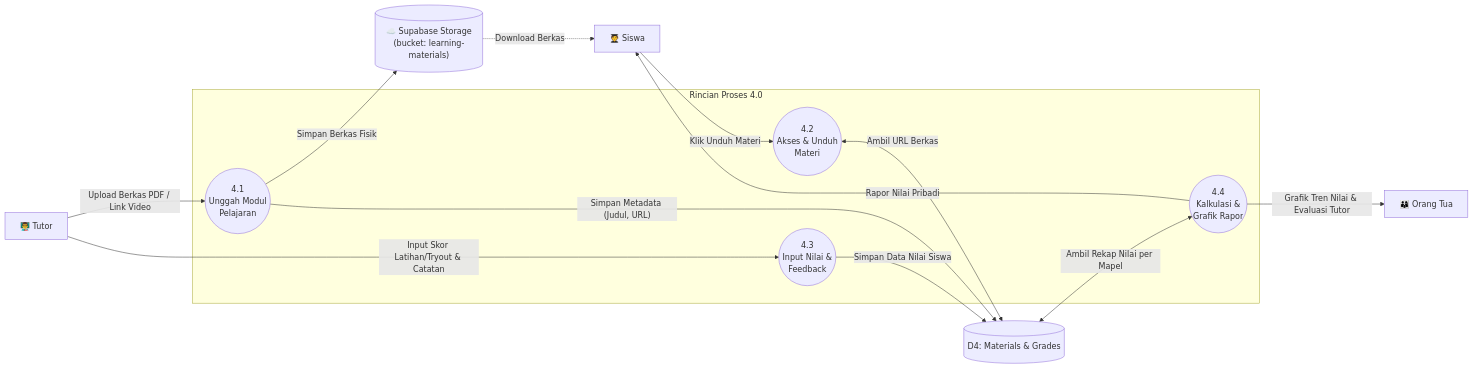
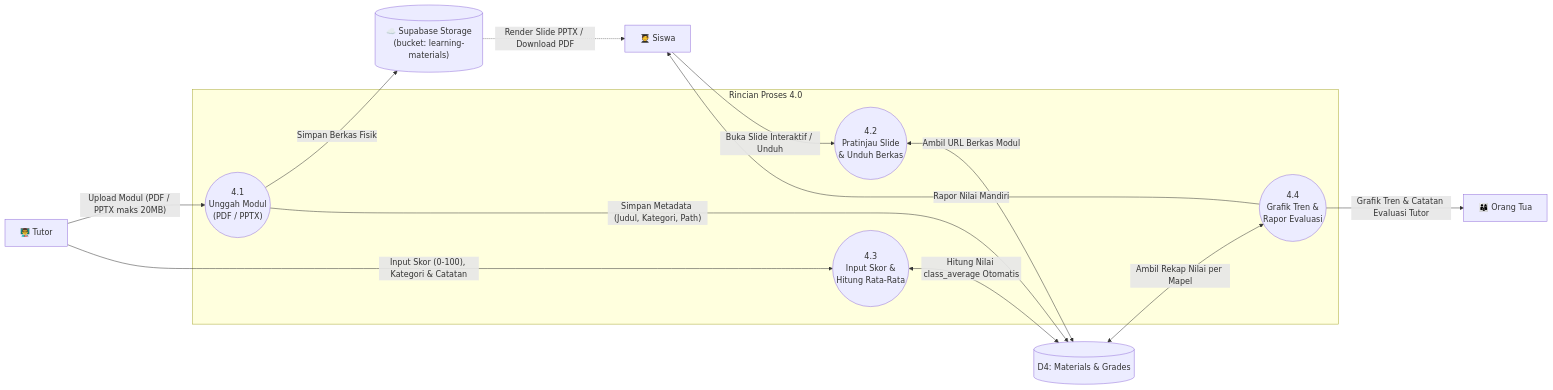
Before and after one commit to mohyusfi/bimbel-rpl: the fourth of 5 diagrams in dfd/dfd_level_2.md, drawn with Mermaid. The commit also changed other lines of this file and 30 other files, not shown here.

````diff
--- a/dfd/dfd_level_2.md
+++ b/dfd/dfd_level_2.md
@@ -152,34 +158,34 @@
 ```mermaid
 flowchart LR
     Tutor["👨‍🏫 Tutor"]
     Siswa["🧑‍🎓 Siswa"]
     Ortu["👨‍👩‍👦 Orang Tua"]
     D4[("D4: Materials & Grades")]
     Storage[("☁️ Supabase Storage<br/>(bucket: learning-materials)")]
 
     subgraph P4_Sub["Rincian Proses 4.0"]
-        P4_1(("4.1<br/>Unggah Modul<br/>Pelajaran"))
-        P4_2(("4.2<br/>Akses & Unduh<br/>Materi"))
-        P4_3(("4.3<br/>Input Nilai &<br/>Feedback"))
-        P4_4(("4.4<br/>Kalkulasi &<br/>Grafik Rapor"))
+        P4_1(("4.1<br/>Unggah Modul<br/>(PDF / PPTX)"))
+        P4_2(("4.2<br/>Pratinjau Slide<br/>& Unduh Berkas"))
+        P4_3(("4.3<br/>Input Skor &<br/>Hitung Rata-Rata"))
+        P4_4(("4.4<br/>Grafik Tren &<br/>Rapor Evaluasi"))
     end
 
     %% 4.1
-    Tutor -->|"Upload Berkas PDF / Link Video"| P4_1
+    Tutor -->|"Upload Modul (PDF / PPTX maks 20MB)"| P4_1
     P4_1 -->|"Simpan Berkas Fisik"| Storage
-    P4_1 -->|"Simpan Metadata (Judul, URL)"| D4
+    P4_1 -->|"Simpan Metadata (Judul, Kategori, Path)"| D4
 
     %% 4.2
-    Siswa -->|"Klik Unduh Materi"| P4_2
-    P4_2 <-->|"Ambil URL Berkas"| D4
-    Storage -.->|"Download Berkas"| Siswa
+    Siswa -->|"Buka Slide Interaktif / Unduh"| P4_2
+    P4_2 <-->|"Ambil URL Berkas Modul"| D4
+    Storage -.->|"Render Slide PPTX / Download PDF"| Siswa
 
     %% 4.3
-    Tutor -->|"Input Skor Latihan/Tryout & Catatan"| P4_3
-    P4_3 -->|"Simpan Data Nilai Siswa"| D4
+    Tutor -->|"Input Skor (0-100), Kategori & Catatan"| P4_3
+    P4_3 <-->|"Hitung Nilai class_average Otomatis"| D4
 
     %% 4.4
     D4 <-->|"Ambil Rekap Nilai per Mapel"| P4_4
-    P4_4 -->|"Grafik Tren Nilai & Evaluasi Tutor"| Ortu
-    P4_4 -->|"Rapor Nilai Pribadi"| Siswa
+    P4_4 -->|"Grafik Tren & Catatan Evaluasi Tutor"| Ortu
+    P4_4 -->|"Rapor Nilai Mandiri"| Siswa
 ```
````
